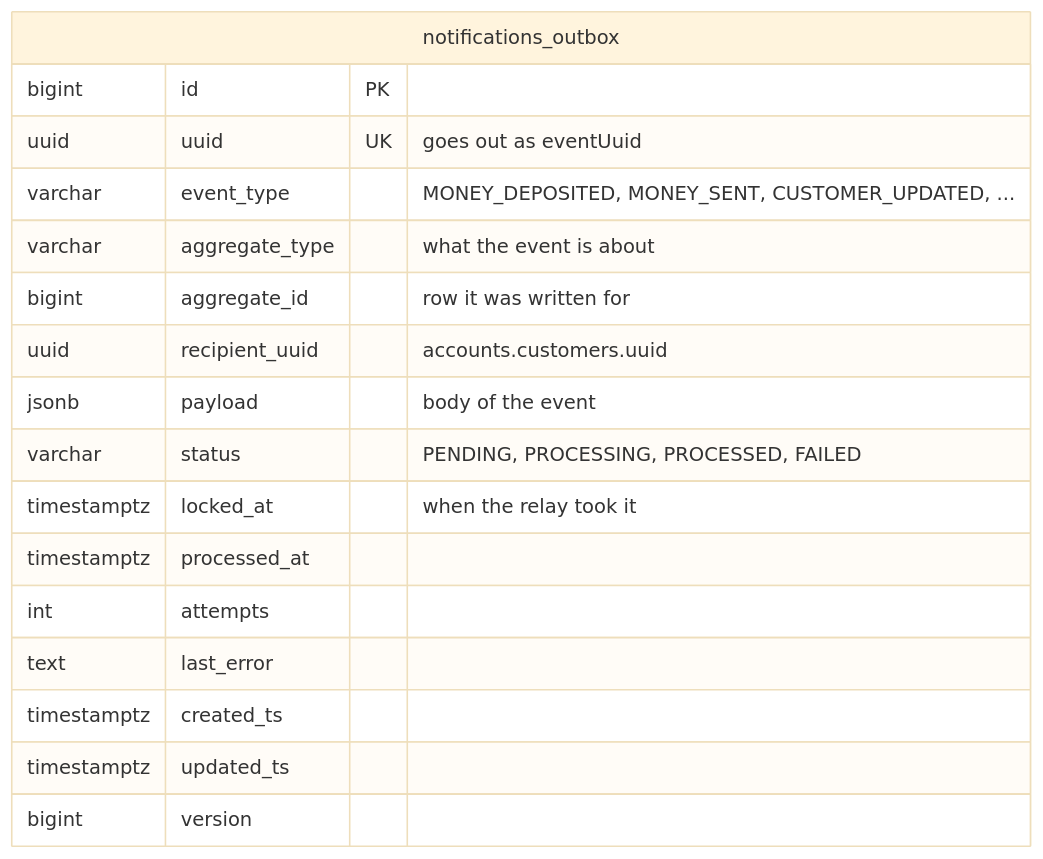
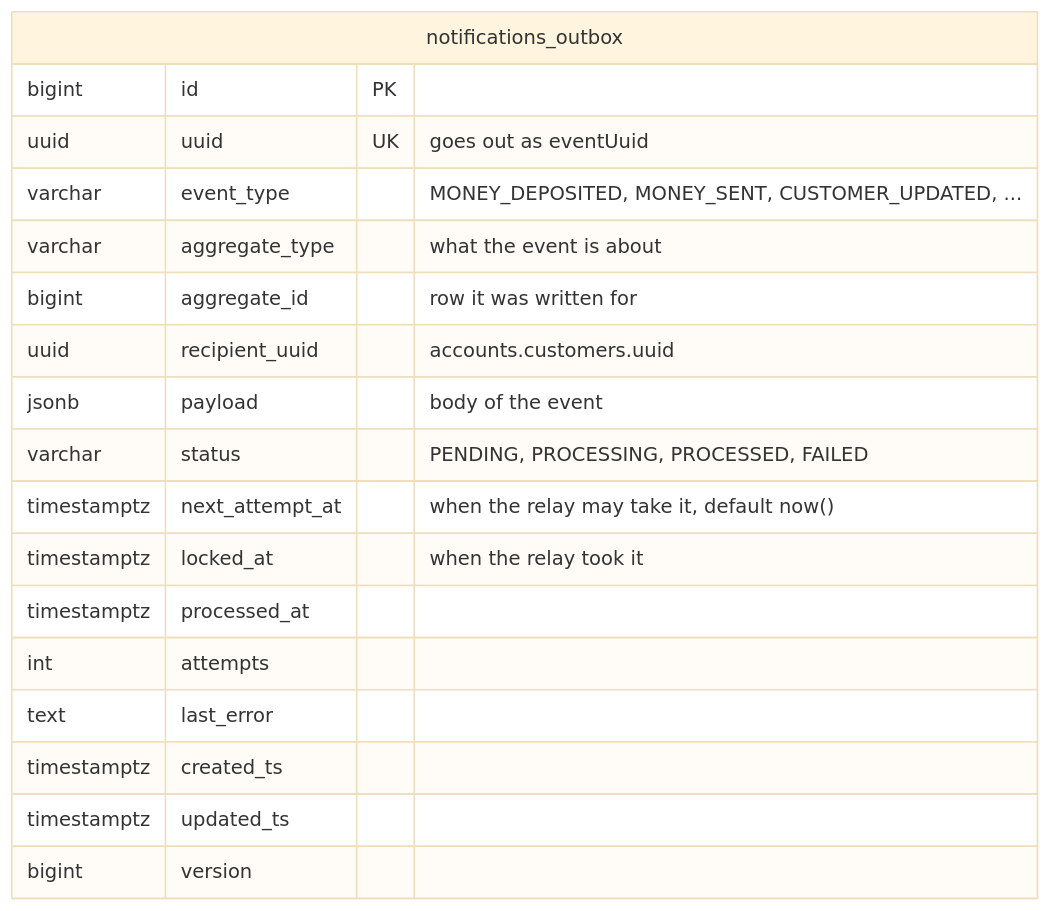
The fourth of 5 diagrams in README.md (ubrnt/my-bank-app), drawn with Mermaid (base theme) before and after one commit. The commit also changed other lines of this file, not shown here.

````diff
--- a/README.md
+++ b/README.md
@@ -491,20 +496,21 @@
 ```mermaid
 erDiagram
     notifications_outbox {
         bigint id PK
         uuid uuid UK "goes out as eventUuid"
         varchar event_type "MONEY_DEPOSITED, MONEY_SENT, CUSTOMER_UPDATED, ..."
         varchar aggregate_type "what the event is about"
         bigint aggregate_id "row it was written for"
         uuid recipient_uuid "accounts.customers.uuid"
         jsonb payload "body of the event"
         varchar status "PENDING, PROCESSING, PROCESSED, FAILED"
+        timestamptz next_attempt_at "when the relay may take it, default now()"
         timestamptz locked_at "when the relay took it"
         timestamptz processed_at
         int attempts
         text last_error
         timestamptz created_ts
         timestamptz updated_ts
         bigint version
     }
 ```
````
